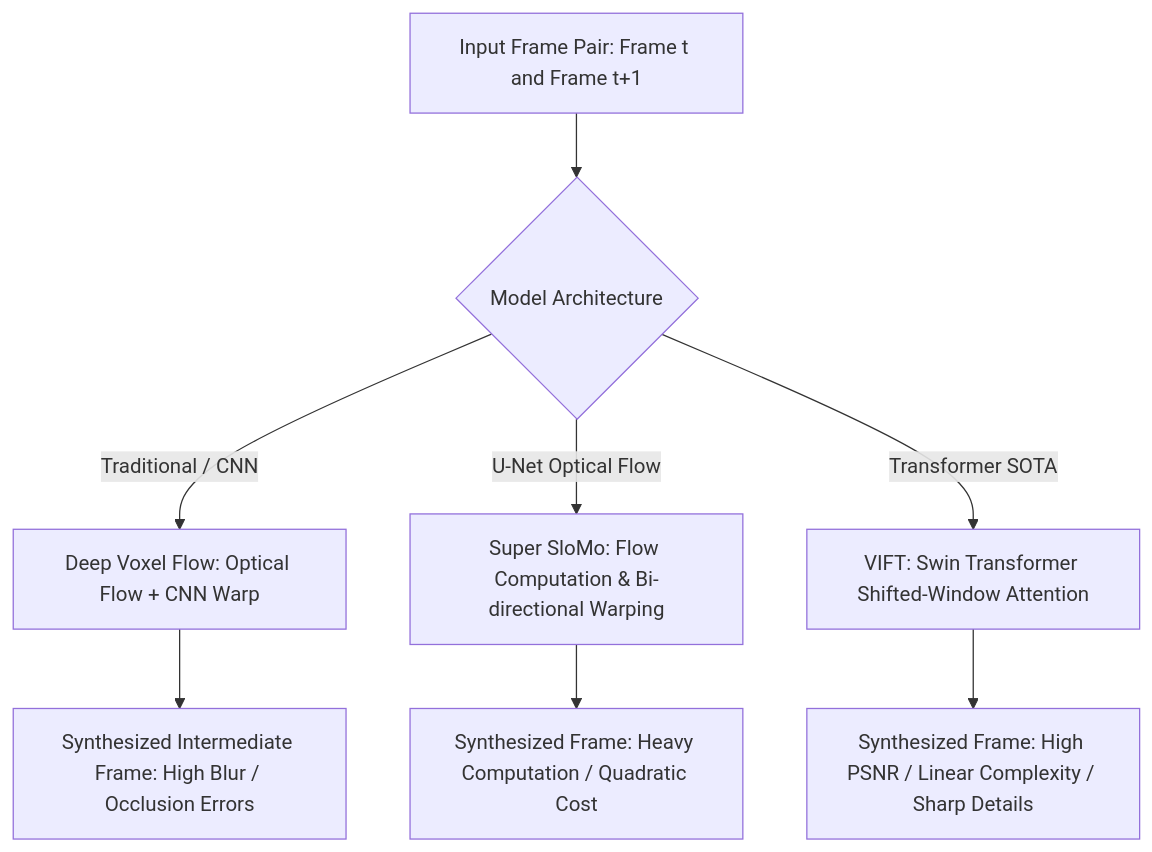
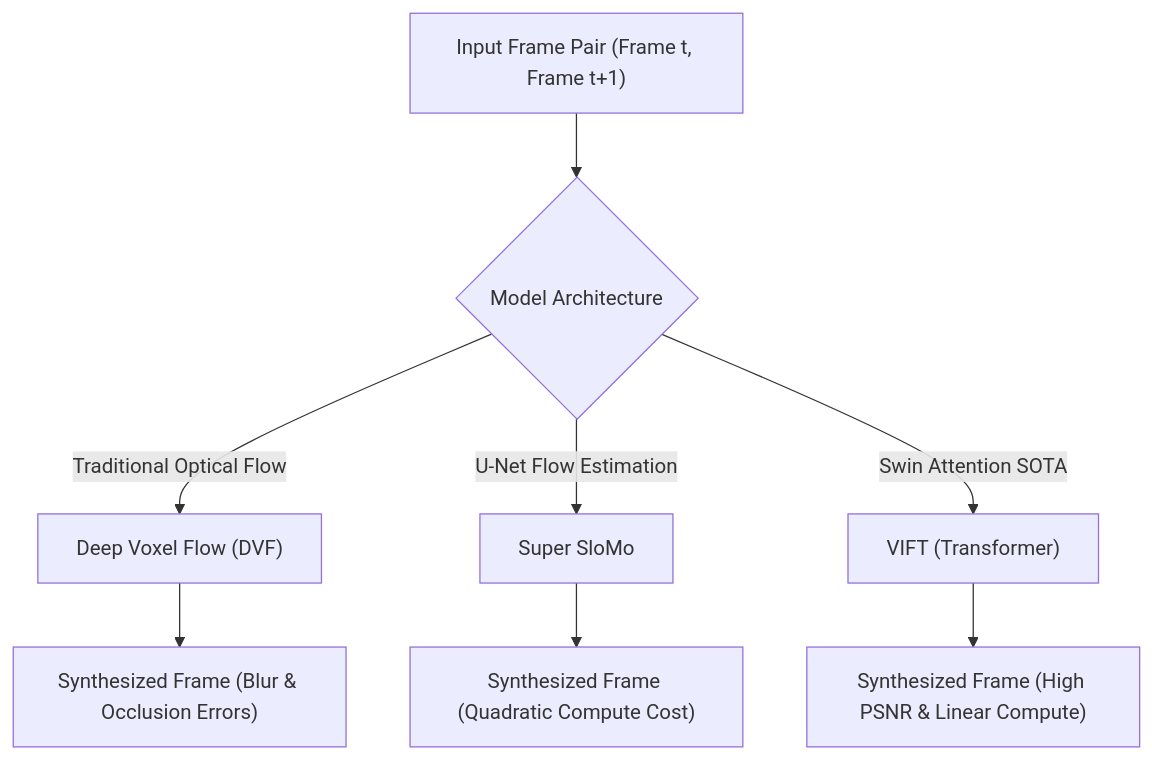
One commit to nagarajpoojari404/opennotes changed the diagram in content/projects/video-interpolation-ai.md. Above: the diagram before and after it, drawn with Mermaid. The commit also changed 9 other files, not shown here.

````diff
--- a/content/projects/video-interpolation-ai.md
+++ b/content/projects/video-interpolation-ai.md
@@ -20,12 +20,12 @@
 ```mermaid
 flowchart TD
-    FramePair[Input Frame Pair: Frame t and Frame t+1] --> ModelSelect{Model Architecture}
+    FramePair["Input Frame Pair (Frame t, Frame t+1)"] --> ModelSelect{"Model Architecture"}
     
-    ModelSelect -->|Traditional / CNN| DVF[Deep Voxel Flow: Optical Flow + CNN Warp]
-    ModelSelect -->|U-Net Optical Flow| SloMo[Super SloMo: Flow Computation & Bi-directional Warping]
-    ModelSelect -->|Transformer SOTA| VIFT[VIFT: Swin Transformer Shifted-Window Attention]
+    ModelSelect -->|"Traditional Optical Flow"| DVF["Deep Voxel Flow (DVF)"]
+    ModelSelect -->|"U-Net Flow Estimation"| SloMo["Super SloMo"]
+    ModelSelect -->|"Swin Attention SOTA"| VIFT["VIFT (Transformer)"]
     
-    DVF --> SynthDVF[Synthesized Intermediate Frame: High Blur / Occlusion Errors]
-    SloMo --> SynthSloMo[Synthesized Frame: Heavy Computation / Quadratic Cost]
-    VIFT --> SynthVIFT[Synthesized Frame: High PSNR / Linear Complexity / Sharp Details]
+    DVF --> SynthDVF["Synthesized Frame (Blur & Occlusion Errors)"]
+    SloMo --> SynthSloMo["Synthesized Frame (Quadratic Compute Cost)"]
+    VIFT --> SynthVIFT["Synthesized Frame (High PSNR & Linear Compute)"]
 ```
````
